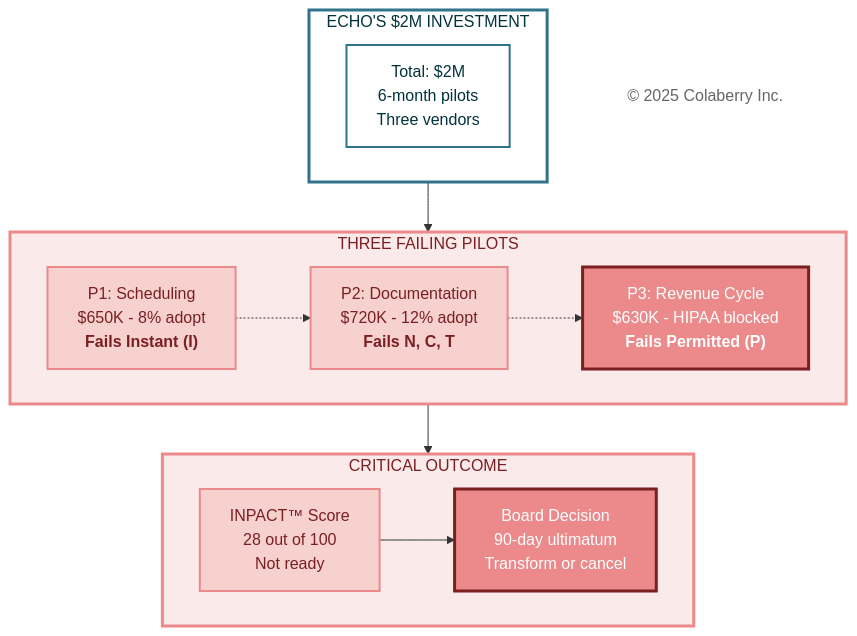
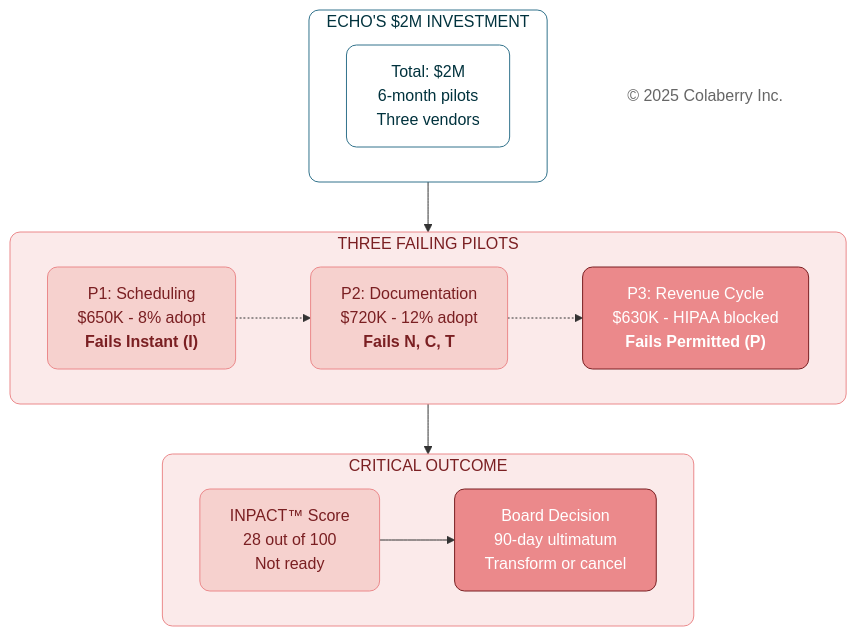
One commit to colaberry/trust-before-intelligence-book changed the sixth of 6 diagrams in manuscript/02_chapter_1_why_agents_fail.md. Above: the diagram before and after it, drawn with Mermaid. The commit also changed other lines of this file and 12 other files, not shown here.

````diff
--- a/manuscript/02_chapter_1_why_agents_fail.md
+++ b/manuscript/02_chapter_1_why_agents_fail.md
@@ -632,44 +635,44 @@
 ```mermaid
 
 graph TB
     subgraph investment["ECHO'S $2M INVESTMENT"]
         TOTAL["Total: $2M<br/>6-month pilots<br/>Three vendors"]
     end
     
     subgraph pilots["THREE FAILING PILOTS"]
         P1["P1: Scheduling<br/>$650K - 8% adopt<br/><b>Fails Instant (I)</b>"]
         
         P2["P2: Documentation<br/>$720K - 12% adopt<br/><b>Fails N, C, T</b>"]
         
         P3["P3: Revenue Cycle<br/>$630K - HIPAA blocked<br/><b>Fails Permitted (P)</b>"]
         
         P1 -.-> P2 -.-> P3
     end
     
     subgraph outcome["CRITICAL OUTCOME"]
         SCORE["INPACT™ Score<br/>28 out of 100<br/>Not ready"]
         
         DECISION["Board Decision<br/>90-day ultimatum<br/>Transform or cancel"]
         
         SCORE --> DECISION
     end
     
     investment --> pilots --> outcome
     
     Copyright["© 2025 Colaberry Inc."]
     
-    style investment fill:#ffffff,stroke:#32738C,stroke-width:3px,color:#00323D
-    style TOTAL fill:#ffffff,stroke:#32738C,stroke-width:2px,color:#00323D
+    style investment fill:#ffffff,stroke:#32738C,stroke-width:1px,color:#00323D,rx:10,ry:10
+    style TOTAL fill:#ffffff,stroke:#32738C,stroke-width:1px,color:#00323D,rx:10,ry:10
     
-    style pilots fill:#FBEAEA,stroke:#EB898B,stroke-width:3px,color:#7A1F22
-    style P1 fill:#F6D1CE,stroke:#EB898B,stroke-width:2px,color:#7A1F22
-    style P2 fill:#F6D1CE,stroke:#EB898B,stroke-width:2px,color:#7A1F22
-    style P3 fill:#EB898B,color:#ffffff,stroke:#7A1F22,stroke-width:3px
+    style pilots fill:#FBEAEA,stroke:#EB898B,stroke-width:1px,color:#7A1F22,rx:10,ry:10
+    style P1 fill:#F6D1CE,stroke:#EB898B,stroke-width:1px,color:#7A1F22,rx:10,ry:10
+    style P2 fill:#F6D1CE,stroke:#EB898B,stroke-width:1px,color:#7A1F22,rx:10,ry:10
+    style P3 fill:#EB898B,color:#ffffff,stroke:#7A1F22,stroke-width:1px,rx:10,ry:10
     
-    style outcome fill:#FBEAEA,stroke:#EB898B,stroke-width:3px,color:#7A1F22
-    style SCORE fill:#F6D1CE,stroke:#EB898B,stroke-width:2px,color:#7A1F22
-    style DECISION fill:#EB898B,color:#ffffff,stroke:#7A1F22,stroke-width:3px
+    style outcome fill:#FBEAEA,stroke:#EB898B,stroke-width:1px,color:#7A1F22,rx:10,ry:10
+    style SCORE fill:#F6D1CE,stroke:#EB898B,stroke-width:1px,color:#7A1F22,rx:10,ry:10
+    style DECISION fill:#EB898B,color:#ffffff,stroke:#7A1F22,stroke-width:1px,rx:10,ry:10
     
     style Copyright fill:none,stroke:none,color:#666666
 
 ```
````
